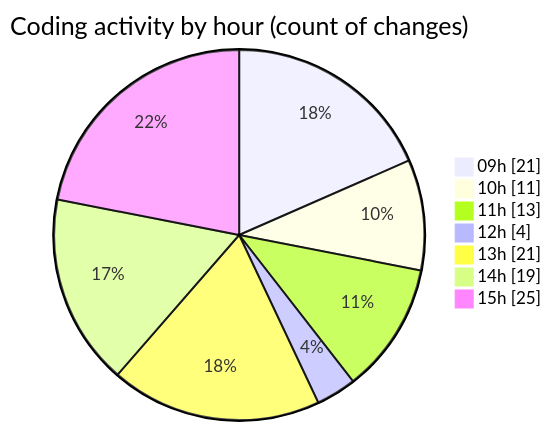
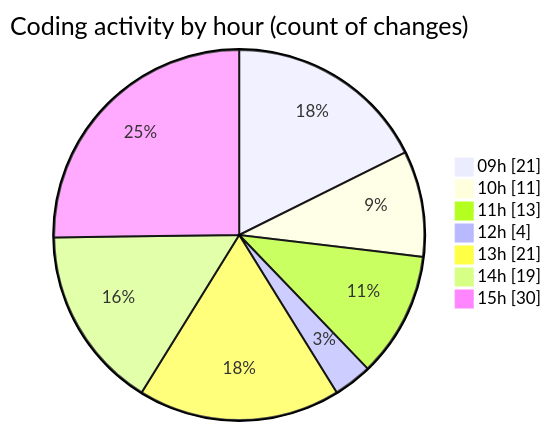
The second of 2 diagrams in 2026-06-01/cda/README.md (momahboobian/code-tracking), drawn with Mermaid before and after one commit. The commit also changed other lines of this file and 1 other file, not shown here.

````diff
--- a/2026-06-01/cda/README.md
+++ b/2026-06-01/cda/README.md
@@ -84,11 +84,11 @@
 ```mermaid
 pie showData
 title Coding activity by hour (count of changes)
 "09h" : 21
 "10h" : 11
 "11h" : 13
 "12h" : 4
 "13h" : 21
 "14h" : 19
-"15h" : 25
+"15h" : 30
 ```
````
